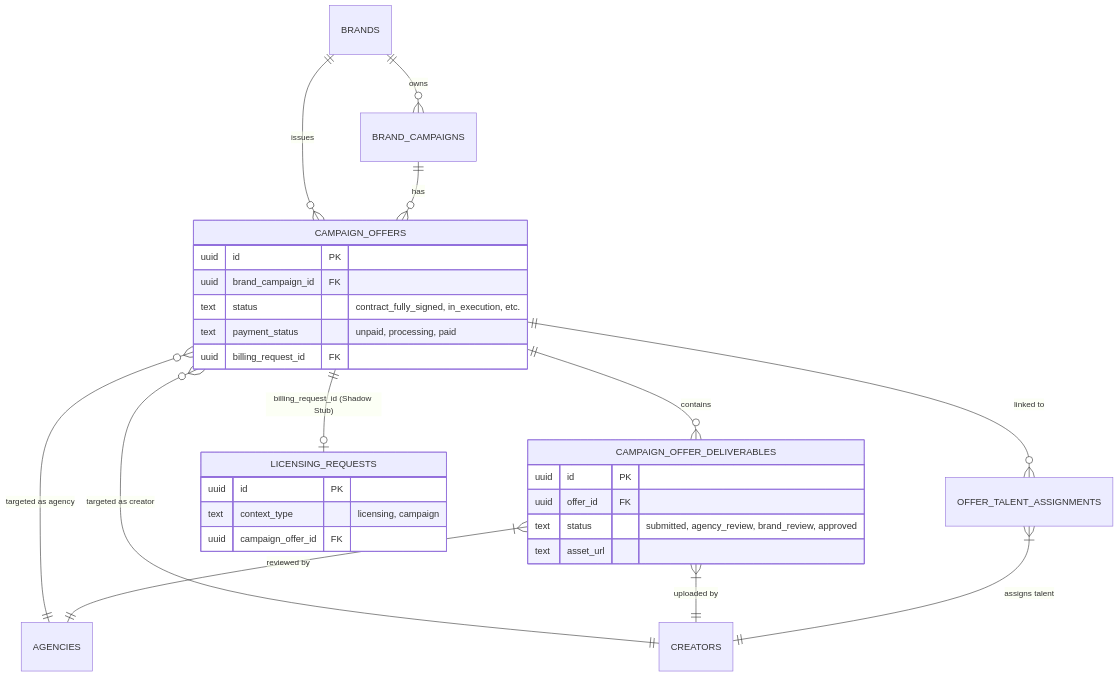
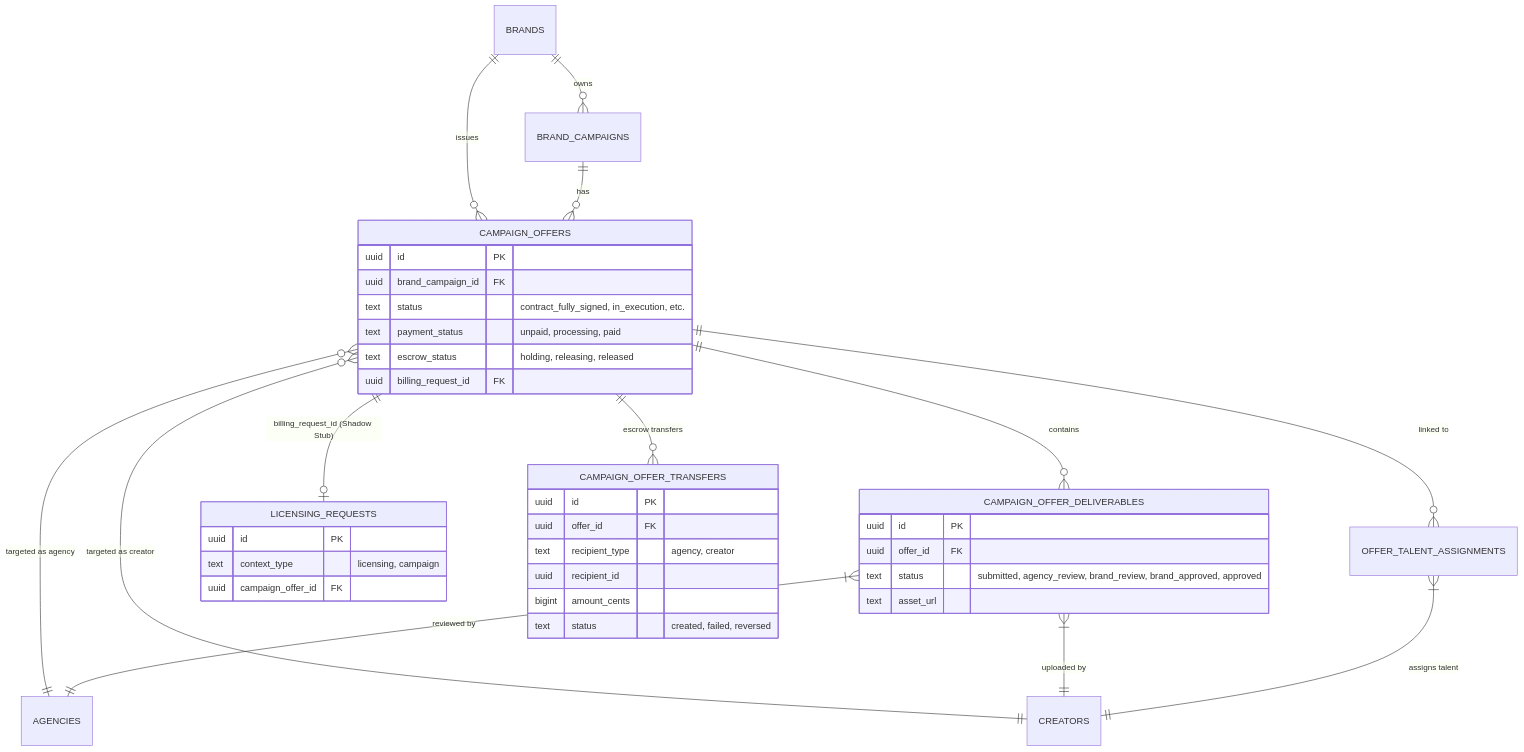
Before and after one commit to ADORSYS-GIS/likelee-ai: the first of 2 diagrams in docs/repository_architecture.md, drawn with Mermaid. The commit also changed other lines of this file and 12 other files, not shown here.

Commit message:
refactor: Consolidate campaign offer payment flow and brand activity database migrations, updating related documentation.

````diff
--- a/docs/repository_architecture.md
+++ b/docs/repository_architecture.md
@@ -9,39 +9,50 @@
 ```mermaid
 erDiagram
     BRANDS ||--o{ BRAND_CAMPAIGNS : "owns"
     BRAND_CAMPAIGNS ||--o{ CAMPAIGN_OFFERS : "has"
     BRANDS ||--o{ CAMPAIGN_OFFERS : "issues"
     
     CAMPAIGN_OFFERS ||--o{ CAMPAIGN_OFFER_DELIVERABLES : "contains"
     CAMPAIGN_OFFERS ||--o{ OFFER_TALENT_ASSIGNMENTS : "linked to"
     CAMPAIGN_OFFERS ||--o| LICENSING_REQUESTS : "billing_request_id (Shadow Stub)"
+    CAMPAIGN_OFFERS ||--o{ CAMPAIGN_OFFER_TRANSFERS : "escrow transfers"
     
     AGENCIES ||--o{ CAMPAIGN_OFFERS : "targeted as agency"
     CREATORS ||--o{ CAMPAIGN_OFFERS : "targeted as creator"
     
     OFFER_TALENT_ASSIGNMENTS }|--|| CREATORS : "assigns talent"
     
     CAMPAIGN_OFFER_DELIVERABLES }|--|| AGENCIES : "reviewed by"
     CAMPAIGN_OFFER_DELIVERABLES }|--|| CREATORS : "uploaded by"
 
     CAMPAIGN_OFFERS {
         uuid id PK
         uuid brand_campaign_id FK
         text status "contract_fully_signed, in_execution, etc."
         text payment_status "unpaid, processing, paid"
+        text escrow_status "holding, releasing, released"
         uuid billing_request_id FK
     }
 
     LICENSING_REQUESTS {
         uuid id PK
         text context_type "licensing, campaign"
         uuid campaign_offer_id FK
     }
 
     CAMPAIGN_OFFER_DELIVERABLES {
         uuid id PK
         uuid offer_id FK
-        text status "submitted, agency_review, brand_review, approved"
+        text status "submitted, agency_review, brand_review, brand_approved, approved"
         text asset_url
     }
+
+    CAMPAIGN_OFFER_TRANSFERS {
+        uuid id PK
+        uuid offer_id FK
+        text recipient_type "agency, creator"
+        uuid recipient_id
+        bigint amount_cents
+        text status "created, failed, reversed"
+    }
 ```
````
